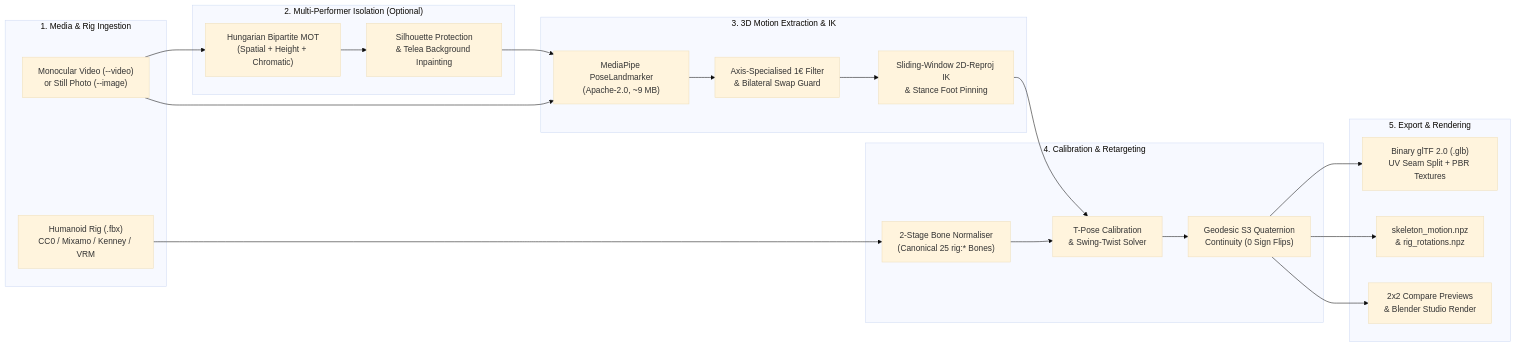
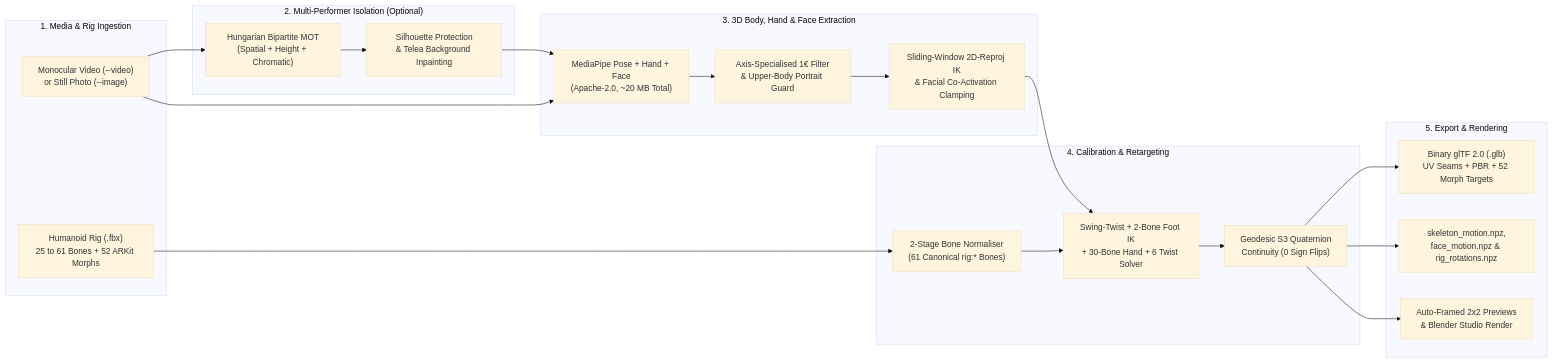
The diagram in README.md (s0ck3t/VideoIntoBlenderModel), drawn with Mermaid (base theme) before and after one commit. The commit also changed other lines of this file and 23 other files, not shown here.

First line of the commit message:
feat(rig): add automated rig preparation, UV-preserving decimation, 52-ARKit morph synthesis, and distant performer tracking

````diff
--- a/README.md
+++ b/README.md
@@ -528,36 +662,36 @@
 ```mermaid
 flowchart LR
     subgraph Input["1. Media & Rig Ingestion"]
         V["Monocular Video (--video)\nor Still Photo (--image)"]
-        R["Humanoid Rig (.fbx)\nCC0 / Mixamo / Kenney / VRM"]
+        R["Humanoid Rig (.fbx)\n25 to 61 Bones + 52 ARKit Morphs"]
     end
 
     subgraph Iso["2. Multi-Performer Isolation (Optional)"]
         MOT["Hungarian Bipartite MOT\n(Spatial + Height + Chromatic)"]
         INP["Silhouette Protection\n& Telea Background Inpainting"]
     end
 
-    subgraph Extract["3. 3D Motion Extraction & IK"]
-        MP["MediaPipe PoseLandmarker\n(Apache-2.0, ~9 MB)"]
-        OEF["Axis-Specialised 1€ Filter\n& Bilateral Swap Guard"]
-        IK["Sliding-Window 2D-Reproj IK\n& Stance Foot Pinning"]
+    subgraph Extract["3. 3D Body, Hand & Face Extraction"]
+        MP["MediaPipe Pose + Hand + Face\n(Apache-2.0, ~20 MB Total)"]
+        OEF["Axis-Specialised 1€ Filter\n& Upper-Body Portrait Guard"]
+        IK["Sliding-Window 2D-Reproj IK\n& Facial Co-Activation Clamping"]
     end
 
     subgraph Retarget["4. Calibration & Retargeting"]
-        NORM["2-Stage Bone Normaliser\n(Canonical 25 rig:* Bones)"]
-        CAL["T-Pose Calibration\n& Swing-Twist Solver"]
+        NORM["2-Stage Bone Normaliser\n(61 Canonical rig:* Bones)"]
+        CAL["Swing-Twist + 2-Bone Foot IK\n+ 30-Bone Hand + 6 Twist Solver"]
         CONT["Geodesic S3 Quaternion\nContinuity (0 Sign Flips)"]
     end
 
     subgraph Export["5. Export & Rendering"]
-        GLB["Binary glTF 2.0 (.glb)\nUV Seam Split + PBR Textures"]
-        NPZ["skeleton_motion.npz\n& rig_rotations.npz"]
-        PREV["2x2 Compare Previews\n& Blender Studio Render"]
+        GLB["Binary glTF 2.0 (.glb)\nUV Seams + PBR + 52 Morph Targets"]
+        NPZ["skeleton_motion.npz,\nface_motion.npz & rig_rotations.npz"]
+        PREV["Auto-Framed 2x2 Previews\n& Blender Studio Render"]
     end
 
     V --> MOT --> INP --> MP
     V --> MP
     MP --> OEF --> IK --> CAL
     R --> NORM --> CAL --> CONT
     CONT --> GLB & NPZ & PREV
 ```
````
